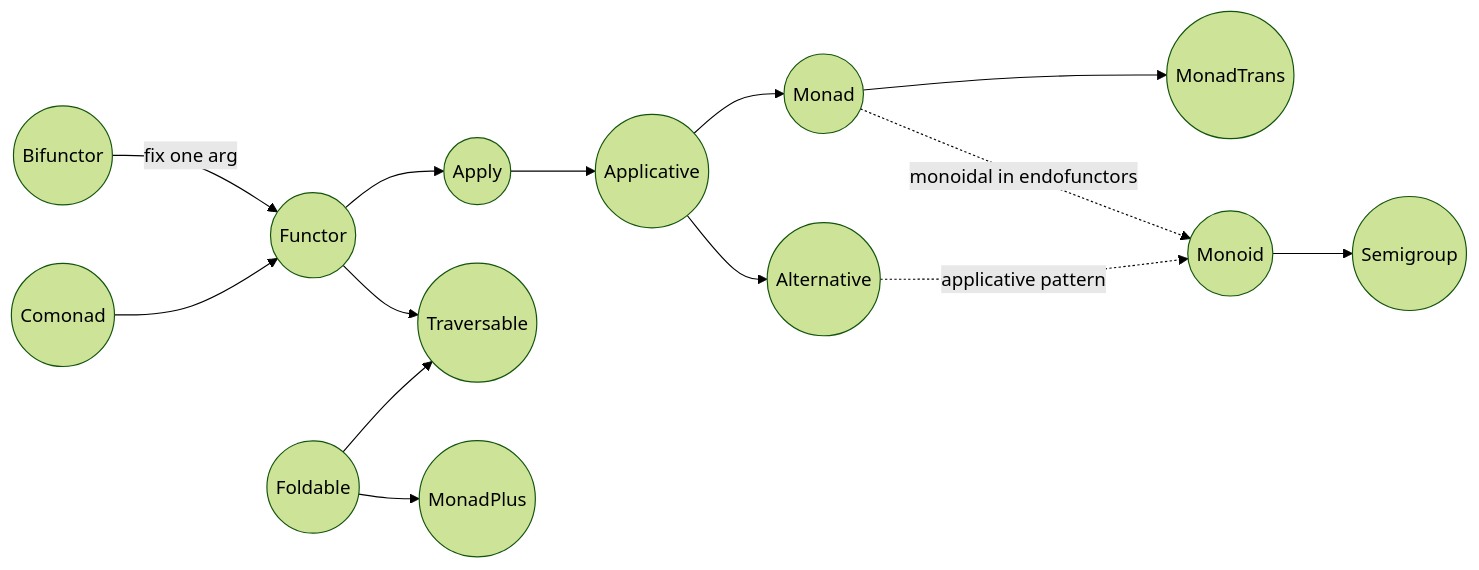
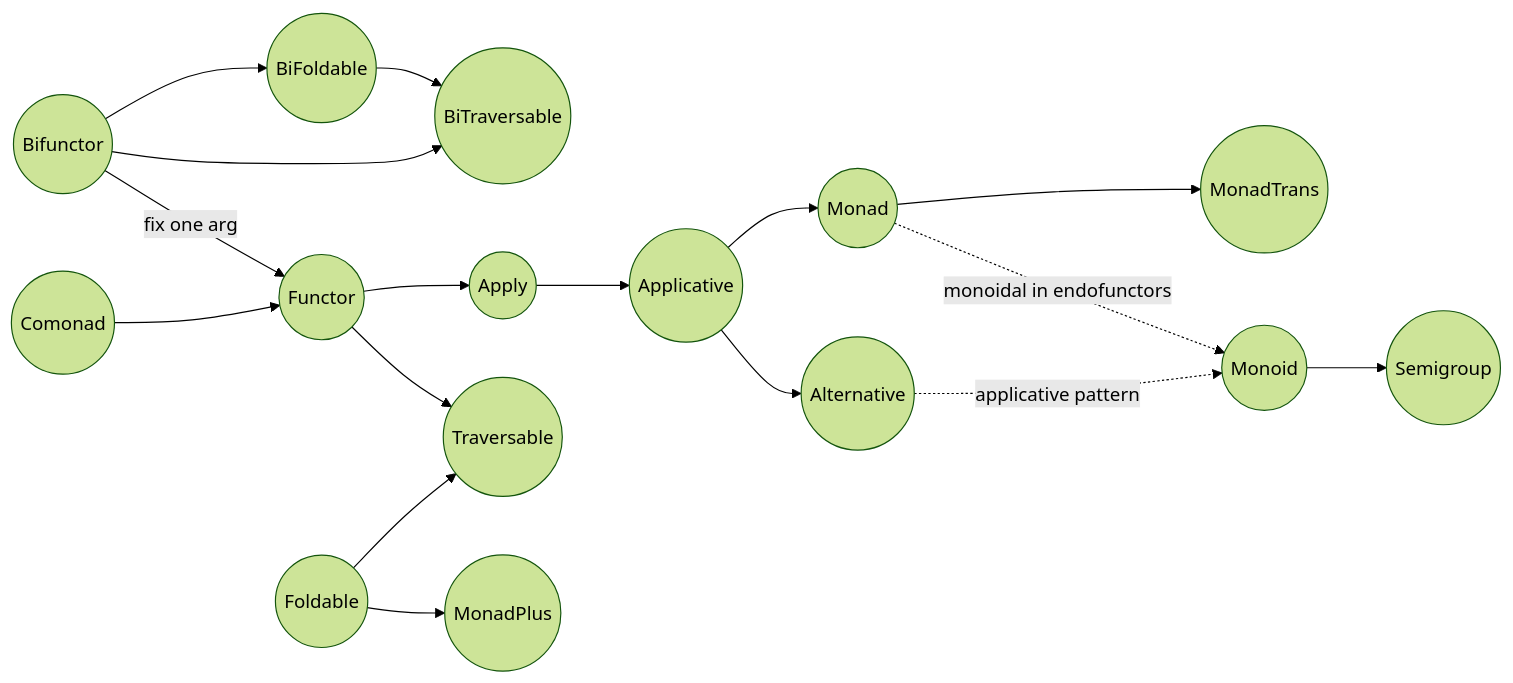
One commit to maxgherman/ts-haskell changed the diagram in README.md. Above: the diagram before and after it, drawn with Mermaid (forest theme). The commit also changed other lines of this file, not shown here.

````diff
--- a/README.md
+++ b/README.md
@@ -13,30 +13,35 @@
 ```mermaid
 flowchart LR
     BIFUNCTOR((Bifunctor))
+    BIFOLDABLE((BiFoldable))
+    BITRAVERSABLE((BiTraversable))
     FUNCTOR((Functor))
     APPLY((Apply))
     APPLICATIVE((Applicative))
     ALTERNATIVE((Alternative))
     MONAD((Monad))
     MONADTRANS((MonadTrans))
     COMONAD((Comonad))
     MONOID((Monoid))
     SEMIGROUP((Semigroup))
     TRAVERSABLE((Traversable))
     FOLDABLE((Foldable))
     MONADPLUS((MonadPlus))
 
     BIFUNCTOR -- fix one arg --> FUNCTOR
+    BIFUNCTOR --> BIFOLDABLE
+    BIFOLDABLE --> BITRAVERSABLE
+    BIFUNCTOR --> BITRAVERSABLE
     FUNCTOR --> APPLY
     APPLY --> APPLICATIVE
     APPLICATIVE --> ALTERNATIVE
     APPLICATIVE --> MONAD
     MONAD --> MONADTRANS
     MONAD -. monoidal in endofunctors .-> MONOID
     MONOID --> SEMIGROUP
     COMONAD --> FUNCTOR
     FUNCTOR --> TRAVERSABLE
     FOLDABLE --> TRAVERSABLE
     FOLDABLE --> MONADPLUS
     ALTERNATIVE -. applicative pattern .-> MONOID
 ```
````
